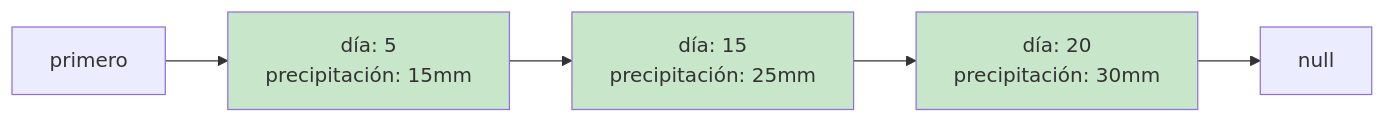
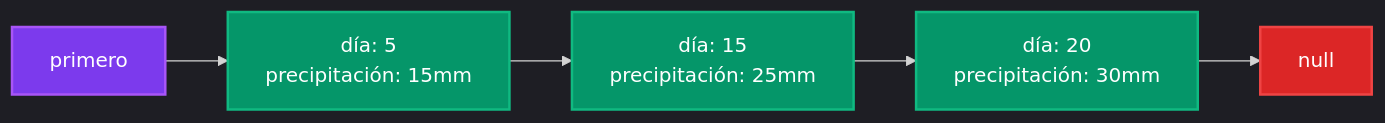
Before and after one commit to pybalt/algo2: the tenth of 19 diagrams in tp-final/README_IMPLEMENTACIONES.md, drawn with Mermaid. The commit also changed other lines of this file, not shown here.

Commit message:
Refine README_IMPLEMENTACIONES.md by enhancing dark mode support for mermaid diagrams and improving style consistency across various sections, ensuring better visual clarity.

````diff
--- a/tp-final/README_IMPLEMENTACIONES.md
+++ b/tp-final/README_IMPLEMENTACIONES.md
@@ -217,11 +240,14 @@
 ```mermaid
+%%{init: {'theme':'dark'}}%%
 graph LR
     A[primero] --> B[día: 5<br/>precipitación: 15mm]
     B --> C[día: 15<br/>precipitación: 25mm]
     C --> D[día: 20<br/>precipitación: 30mm]
     D --> E[null]
     
-    style B fill:#c8e6c9
-    style C fill:#c8e6c9  
-    style D fill:#c8e6c9
+    style A fill:#7c3aed,stroke:#a855f7,stroke-width:2px,color:#fff
+    style B fill:#059669,stroke:#10b981,stroke-width:2px,color:#fff
+    style C fill:#059669,stroke:#10b981,stroke-width:2px,color:#fff
+    style D fill:#059669,stroke:#10b981,stroke-width:2px,color:#fff
+    style E fill:#dc2626,stroke:#ef4444,stroke-width:2px,color:#fff
 ```
````
